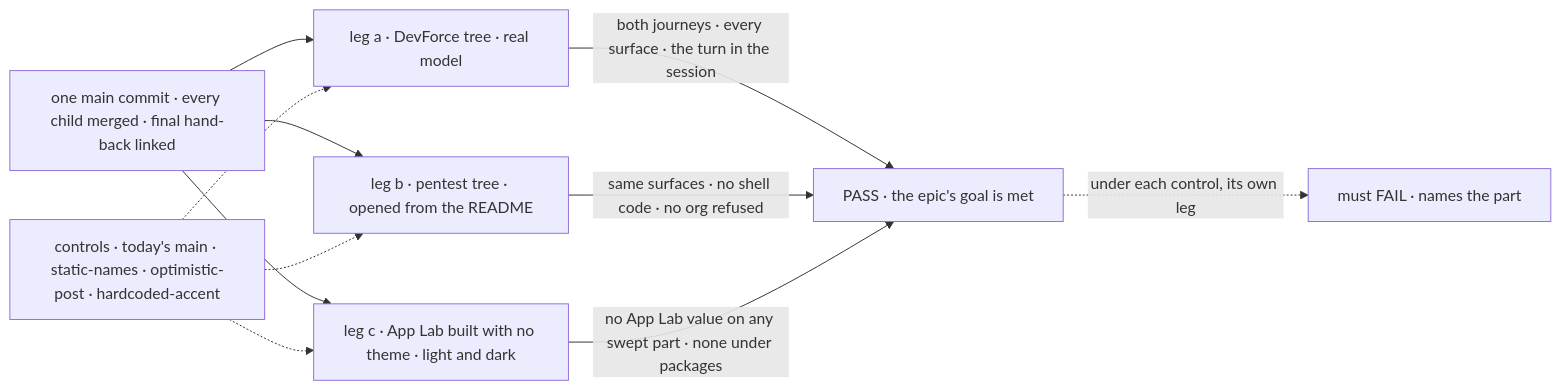
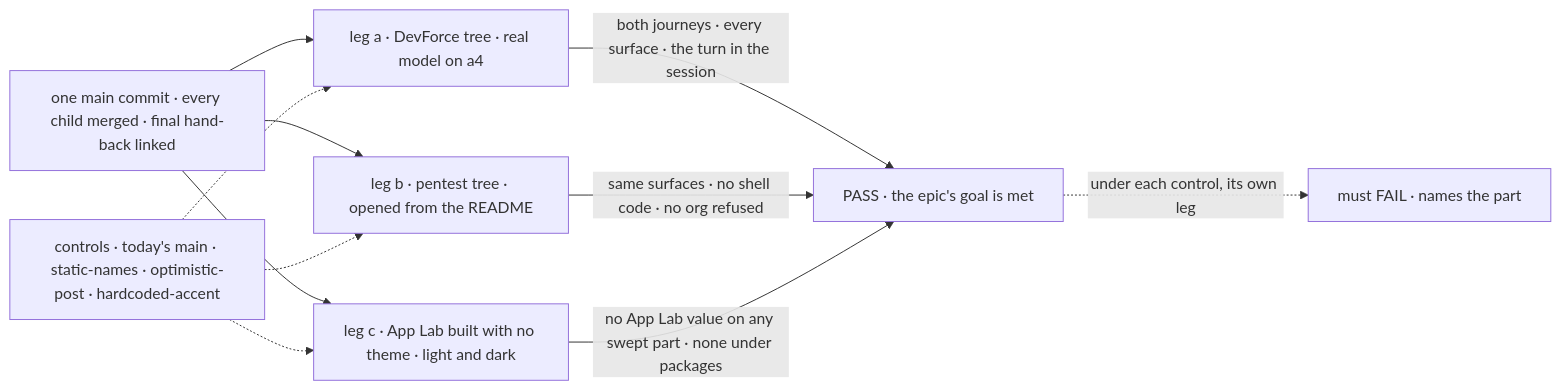
Before and after one commit to fixpoint-labs/flow-state-dev: the diagram in specs/issues/FIX-1663/SPEC.md, drawn with Mermaid. The commit also changed other lines of this file and 4 other files, not shown here.

````diff
--- a/specs/issues/FIX-1663/SPEC.md
+++ b/specs/issues/FIX-1663/SPEC.md
@@ -35,13 +35,13 @@
 ```mermaid
 flowchart LR
-  M["one main commit · every child merged · final hand-back linked"] --> A["leg a · DevForce tree · real model"]
+  M["one main commit · every child merged · final hand-back linked"] --> A["leg a · DevForce tree · real model on a4"]
   M --> B["leg b · pentest tree · opened from the README"]
   M --> C["leg c · App Lab built with no theme · light and dark"]
   A -->|"both journeys · every surface · the turn in the session"| P["PASS · the epic's goal is met"]
   B -->|"same surfaces · no shell code · no org refused"| P
   C -->|"no App Lab value on any swept part · none under packages"| P
   X["controls · today's main · static-names · optimistic-post · hardcoded-accent"] -.-> A
   X -.-> B
   X -.-> C
   P -.->|"under each control, its own leg"| F["must FAIL · names the part"]
 ```
````
